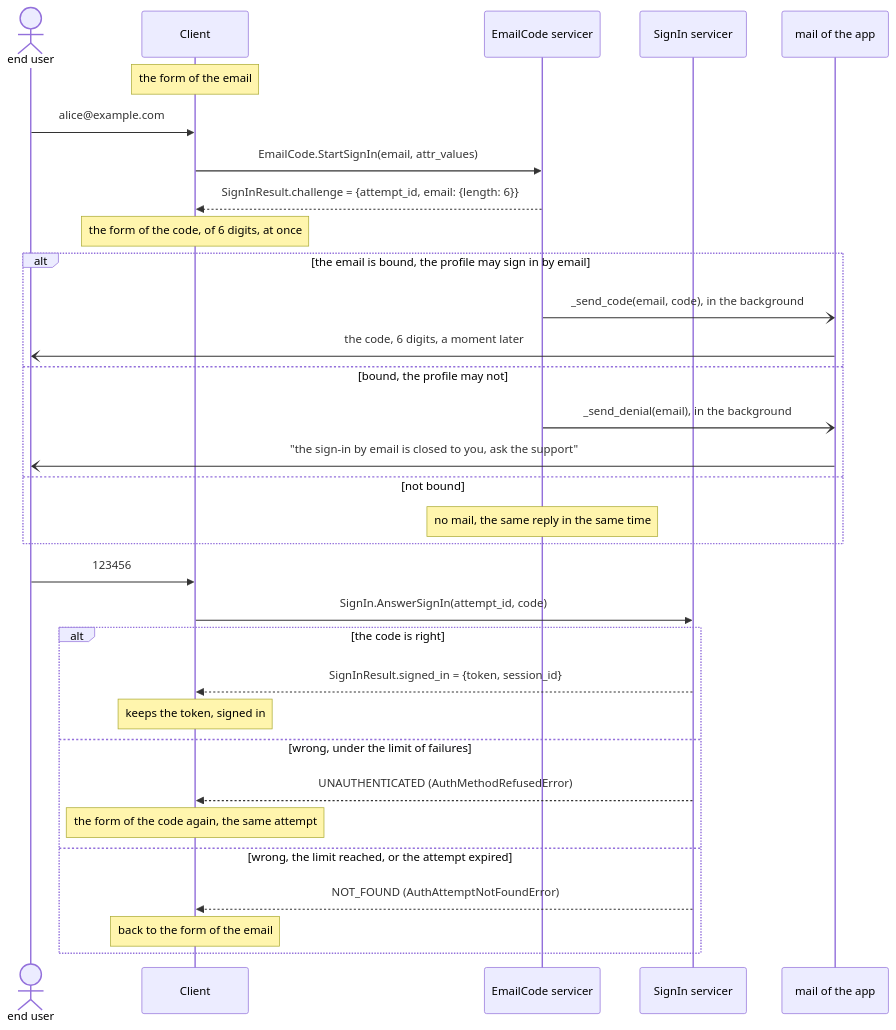
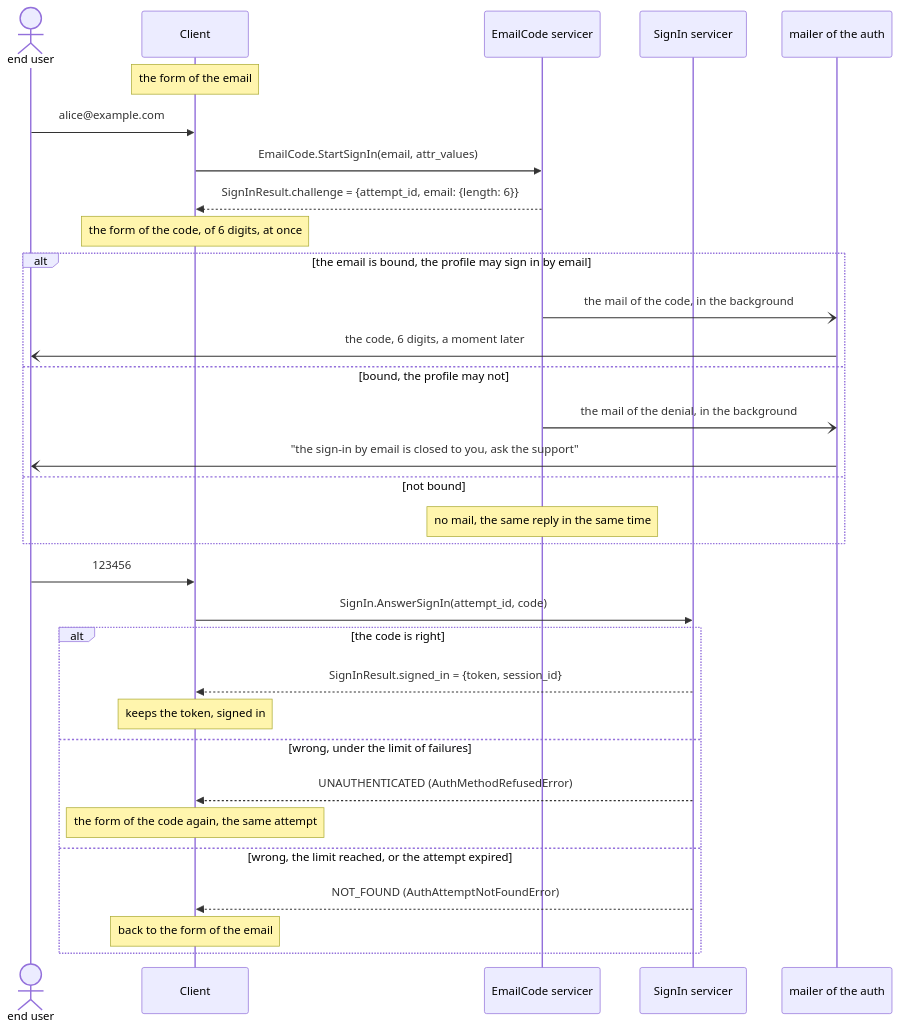
One commit to ak-ingots/ingots-libs changed the first of 2 diagrams in docs/design/auth/methods/email-code.md. Above: the diagram before and after it, drawn with Mermaid. The commit also changed other lines of this file and 3 other files, not shown here.

First line of the commit message:
Make the methods whole, the mail by a mailer of the auth (#35)

````diff
--- a/docs/design/auth/methods/email-code.md
+++ b/docs/design/auth/methods/email-code.md
@@ -46,34 +59,34 @@
 ```mermaid
 sequenceDiagram
     actor User as end user
     participant Client
     participant Server as EmailCode servicer
     participant Flow as SignIn servicer
-    participant Mail as mail of the app
+    participant Mail as mailer of the auth
     Note over Client: the form of the email
     User->>Client: alice@example.com
     Client->>Server: EmailCode.StartSignIn(email, attr_values)
     Server-->>Client: SignInResult.challenge = {attempt_id, email: {length: 6}}
     Note over Client: the form of the code, of 6 digits, at once
     alt the email is bound, the profile may sign in by email
-        Server-)Mail: _send_code(email, code), in the background
+        Server-)Mail: the mail of the code, in the background
         Mail-)User: the code, 6 digits, a moment later
     else bound, the profile may not
-        Server-)Mail: _send_denial(email), in the background
+        Server-)Mail: the mail of the denial, in the background
         Mail-)User: "the sign-in by email is closed to you, ask the support"
     else not bound
         Note over Server: no mail, the same reply in the same time
     end
     User->>Client: 123456
     Client->>Flow: SignIn.AnswerSignIn(attempt_id, code)
     alt the code is right
         Flow-->>Client: SignInResult.signed_in = {token, session_id}
         Note over Client: keeps the token, signed in
     else wrong, under the limit of failures
         Flow-->>Client: UNAUTHENTICATED (AuthMethodRefusedError)
         Note over Client: the form of the code again, the same attempt
     else wrong, the limit reached, or the attempt expired
         Flow-->>Client: NOT_FOUND (AuthAttemptNotFoundError)
         Note over Client: back to the form of the email
     end
 ```
````
